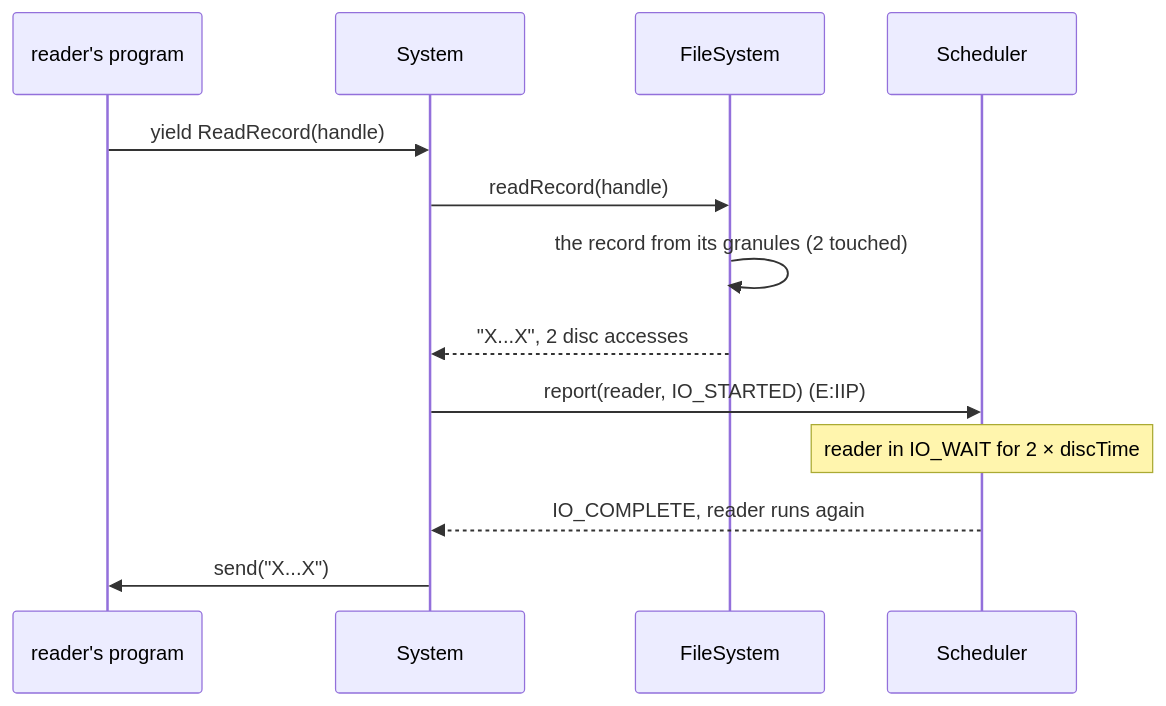
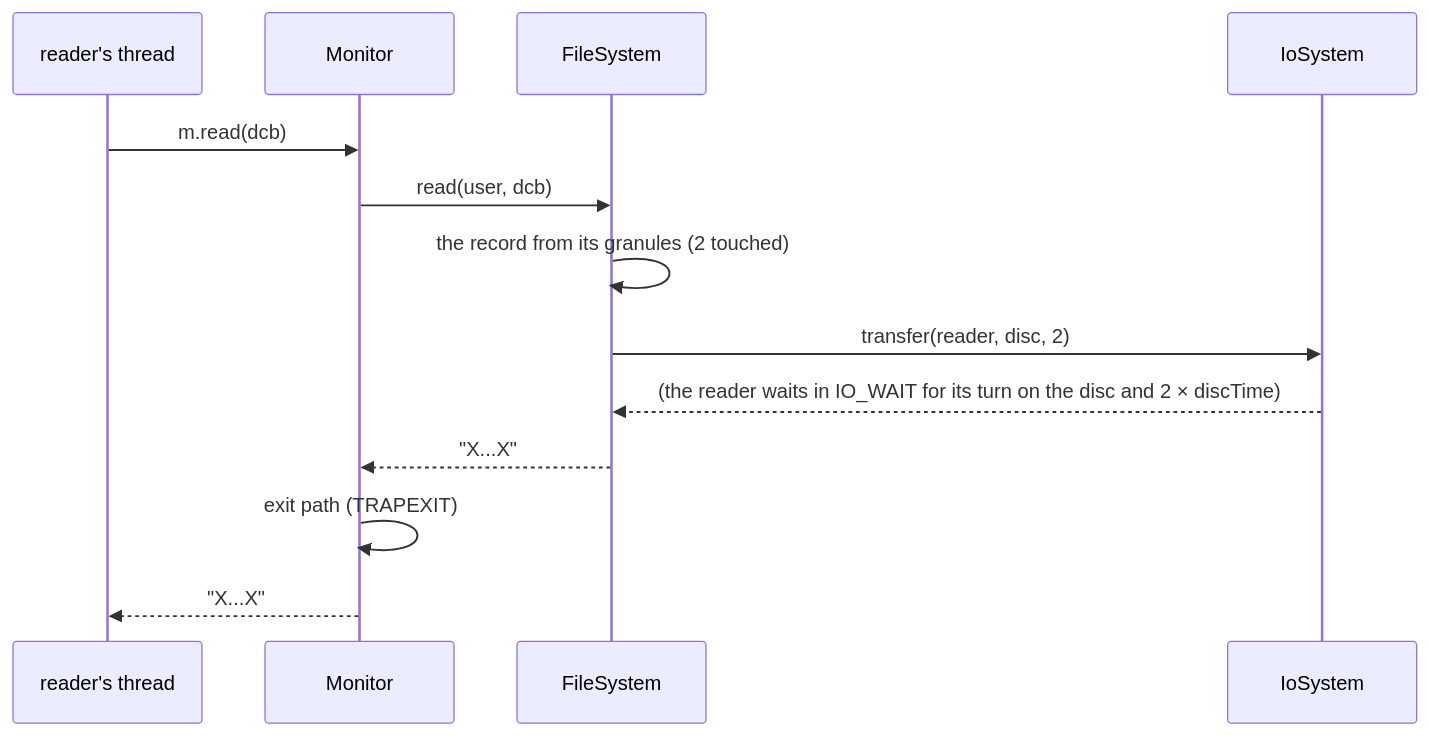
Before and after one commit to msiddalingaiah/Sigma: diagram 12 of 13 in pyCP-V/C00stap/docs/model.md, drawn with Mermaid. The commit also changed other lines of this file, not shown here.

Commit message:
Readable model: docs for programs, the Monitor, DCBs, threads and I/O queues

````diff
--- a/pyCP-V/C00stap/docs/model.md
+++ b/pyCP-V/C00stap/docs/model.md
@@ -763,15 +867,15 @@
 ```mermaid
 sequenceDiagram
-    participant P as reader's program
-    participant S as System
+    participant P as reader's thread
+    participant M as Monitor
     participant F as FileSystem
-    participant C as Scheduler
-    P->>S: yield ReadRecord(handle)
-    S->>F: readRecord(handle)
+    participant I as IoSystem
+    P->>M: m.read(dcb)
+    M->>F: read(user, dcb)
     F->>F: the record from its granules (2 touched)
-    F-->>S: "X...X", 2 disc accesses
-    S->>C: report(reader, IO_STARTED)  (E:IIP)
-    Note over C: reader in IO_WAIT for 2 × discTime
-    C-->>S: IO_COMPLETE, reader runs again
-    S->>P: send("X...X")
+    F->>I: transfer(reader, disc, 2)
+    I-->>F: (the reader waits in IO_WAIT for its turn on the disc and 2 × discTime)
+    F-->>M: "X...X"
+    M->>M: exit path (TRAPEXIT)
+    M-->>P: "X...X"
 ```
````
